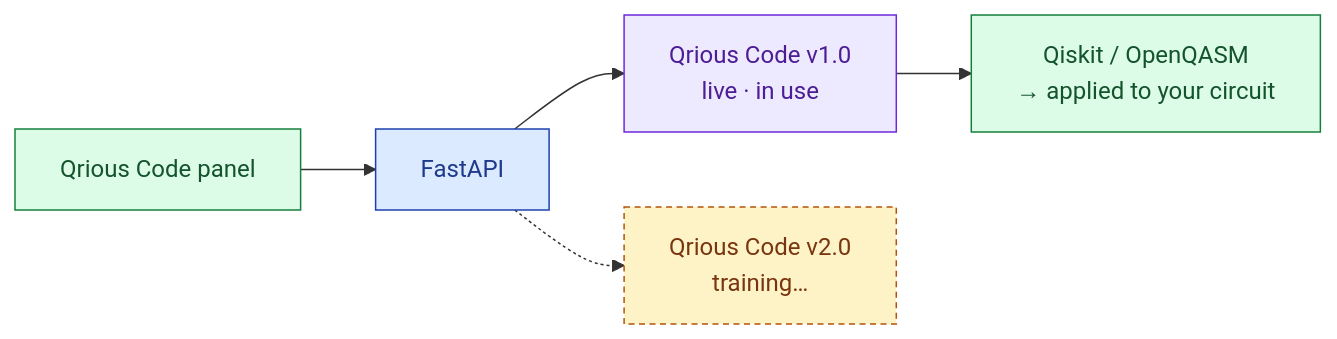
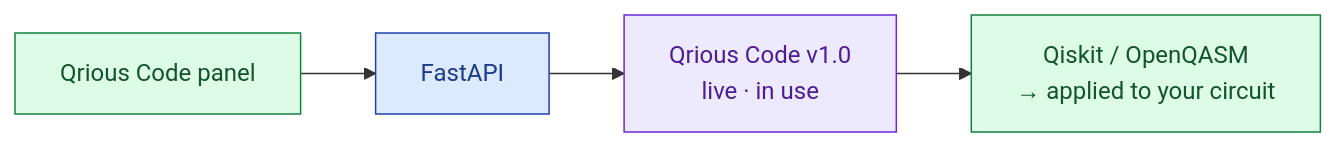
One commit to victor-van-doom-rdj/hacknowa-public changed the seventh of 7 diagrams in README.md. Above: the diagram before and after it, drawn with Mermaid. The commit also changed other lines of this file, not shown here.

````diff
--- a/README.md
+++ b/README.md
@@ -199,12 +198,11 @@
 ```mermaid
 flowchart LR
     classDef a fill:#dcfce7,stroke:#15803d,color:#14532d
     classDef b fill:#dbeafe,stroke:#1e40af,color:#1e3a8a
     classDef c fill:#ede9fe,stroke:#6d28d9,color:#4c1d95
     classDef d fill:#fef3c7,stroke:#b45309,color:#78350f,stroke-dasharray: 4 3
 
     U["Qrious Code panel"]:::a --> API["FastAPI"]:::b
     API --> M1["Qrious Code v1.0<br/>live · in use"]:::c
-    API -.-> M2["Qrious Code v2.0<br/>training…"]:::d
     M1 --> OUT["Qiskit / OpenQASM<br/>→ applied to your circuit"]:::a
 ```
````
